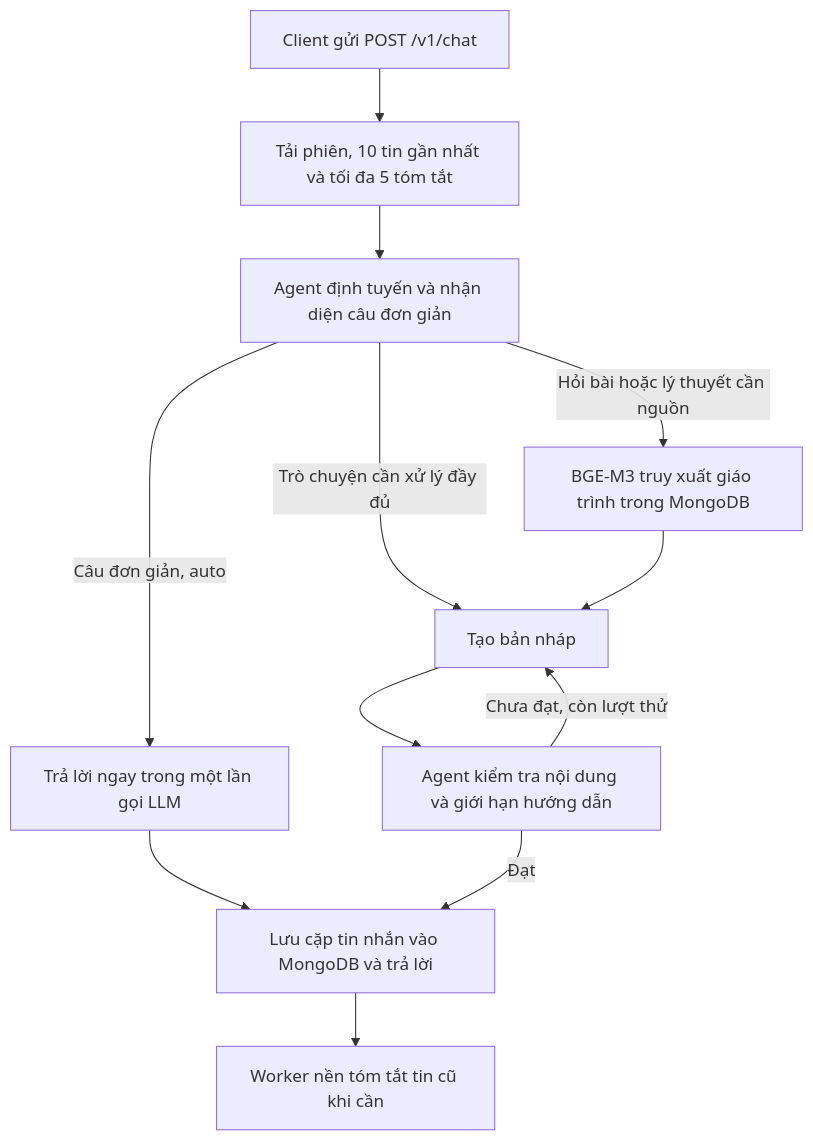
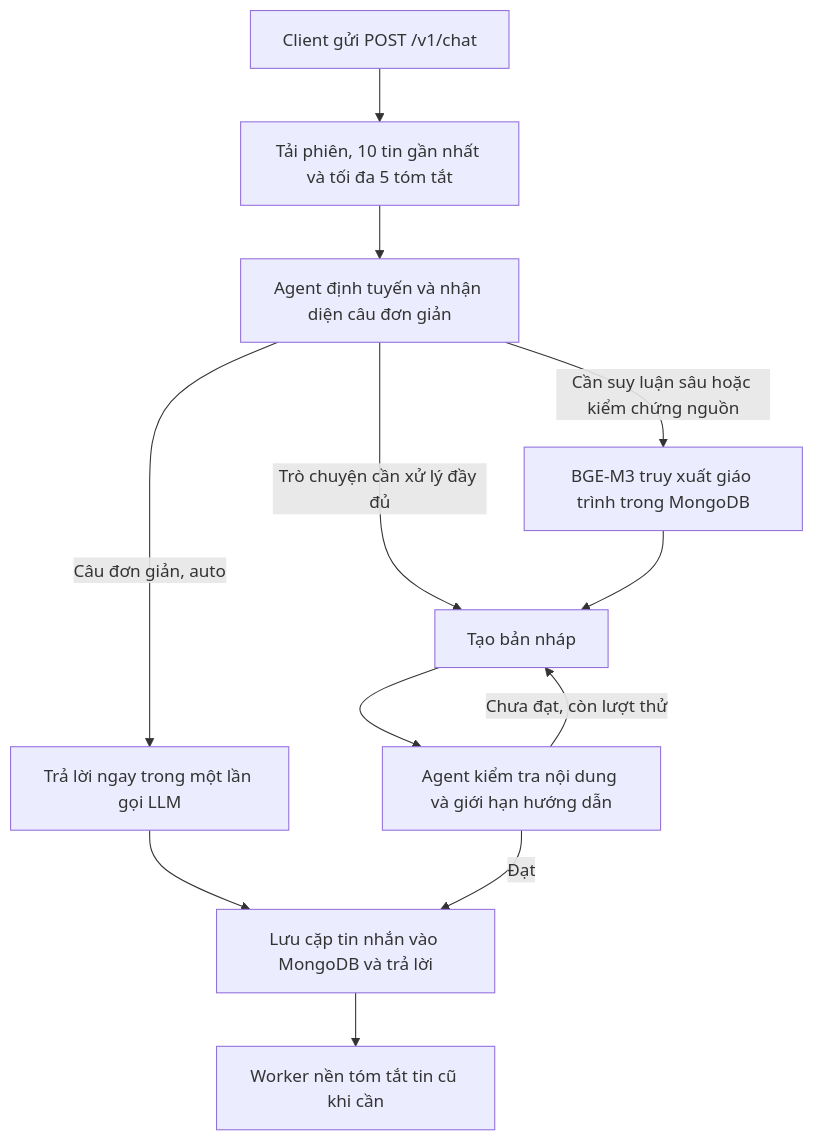
The diagram in README.md (HienHoang3011/MAS), drawn with Mermaid before and after one commit. The commit also changed other lines of this file and 7 other files, not shown here.

````diff
--- a/README.md
+++ b/README.md
@@ -13,14 +13,14 @@
 ```mermaid
 flowchart TD
     A[Client gửi POST /v1/chat] --> B[Tải phiên, 10 tin gần nhất và tối đa 5 tóm tắt]
     B --> C[Agent định tuyến và nhận diện câu đơn giản]
     C -->|Câu đơn giản, auto| I[Trả lời ngay trong một lần gọi LLM]
     I --> G
     C -->|Trò chuyện cần xử lý đầy đủ| E[Tạo bản nháp]
-    C -->|Hỏi bài hoặc lý thuyết cần nguồn| D[BGE-M3 truy xuất giáo trình trong MongoDB]
+    C -->|Cần suy luận sâu hoặc kiểm chứng nguồn| D[BGE-M3 truy xuất giáo trình trong MongoDB]
     D --> E
     E --> F[Agent kiểm tra nội dung và giới hạn hướng dẫn]
     F -->|Chưa đạt, còn lượt thử| E
     F -->|Đạt| G[Lưu cặp tin nhắn vào MongoDB và trả lời]
     G --> H[Worker nền tóm tắt tin cũ khi cần]
 ```
````
